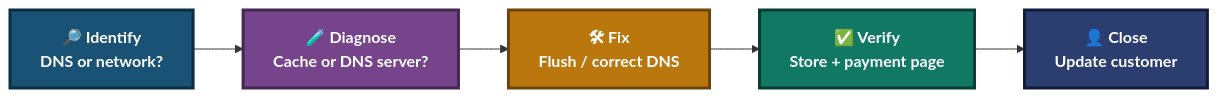
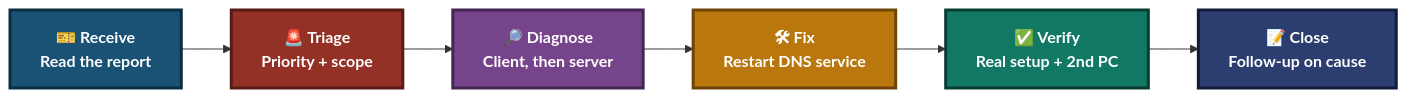
The first of 6 diagrams in 01-video-knowledge-base/01.1-DNS-Resolution-Issue.md (malaika-azhar/Customer-Tech-Support-Portfolio), drawn with Mermaid before and after one commit. The commit also changed other lines of this file, not shown here.

````diff
--- a/01-video-knowledge-base/01.1-DNS-Resolution-Issue.md
+++ b/01-video-knowledge-base/01.1-DNS-Resolution-Issue.md
@@ -115,10 +149,11 @@
 ```mermaid
 flowchart LR
-    A["🔎 Identify<br/>DNS or network?"]:::s1 --> B["🧪 Diagnose<br/>Cache or DNS server?"]:::s2 --> C["🛠 Fix<br/>Flush / correct DNS"]:::s3 --> D["✅ Verify<br/>Store + payment page"]:::s4 --> E["👤 Close<br/>Update customer"]:::s5
+    A["🎫 Receive<br/>Read the report"]:::s1 --> B["🚨 Triage<br/>Priority + scope"]:::s2 --> C["🔎 Diagnose<br/>Client, then server"]:::s3 --> D["🛠 Fix<br/>Restart DNS service"]:::s4 --> E["✅ Verify<br/>Real setup + 2nd PC"]:::s5 --> F["📝 Close<br/>Follow-up on cause"]:::s6
 
     classDef s1 fill:#1A5276,stroke:#0B2E43,stroke-width:3px,color:#FFFFFF,font-weight:bold
-    classDef s2 fill:#76448A,stroke:#432752,stroke-width:3px,color:#FFFFFF,font-weight:bold
-    classDef s3 fill:#B9770E,stroke:#6E4409,stroke-width:3px,color:#FFFFFF,font-weight:bold
-    classDef s4 fill:#117864,stroke:#083D33,stroke-width:3px,color:#FFFFFF,font-weight:bold
-    classDef s5 fill:#2C3E70,stroke:#131B3A,stroke-width:3px,color:#FFFFFF,font-weight:bold
+    classDef s2 fill:#943126,stroke:#571C16,stroke-width:3px,color:#FFFFFF,font-weight:bold
+    classDef s3 fill:#76448A,stroke:#432752,stroke-width:3px,color:#FFFFFF,font-weight:bold
+    classDef s4 fill:#B9770E,stroke:#6E4409,stroke-width:3px,color:#FFFFFF,font-weight:bold
+    classDef s5 fill:#117864,stroke:#083D33,stroke-width:3px,color:#FFFFFF,font-weight:bold
+    classDef s6 fill:#2C3E70,stroke:#131B3A,stroke-width:3px,color:#FFFFFF,font-weight:bold
 ```
````
